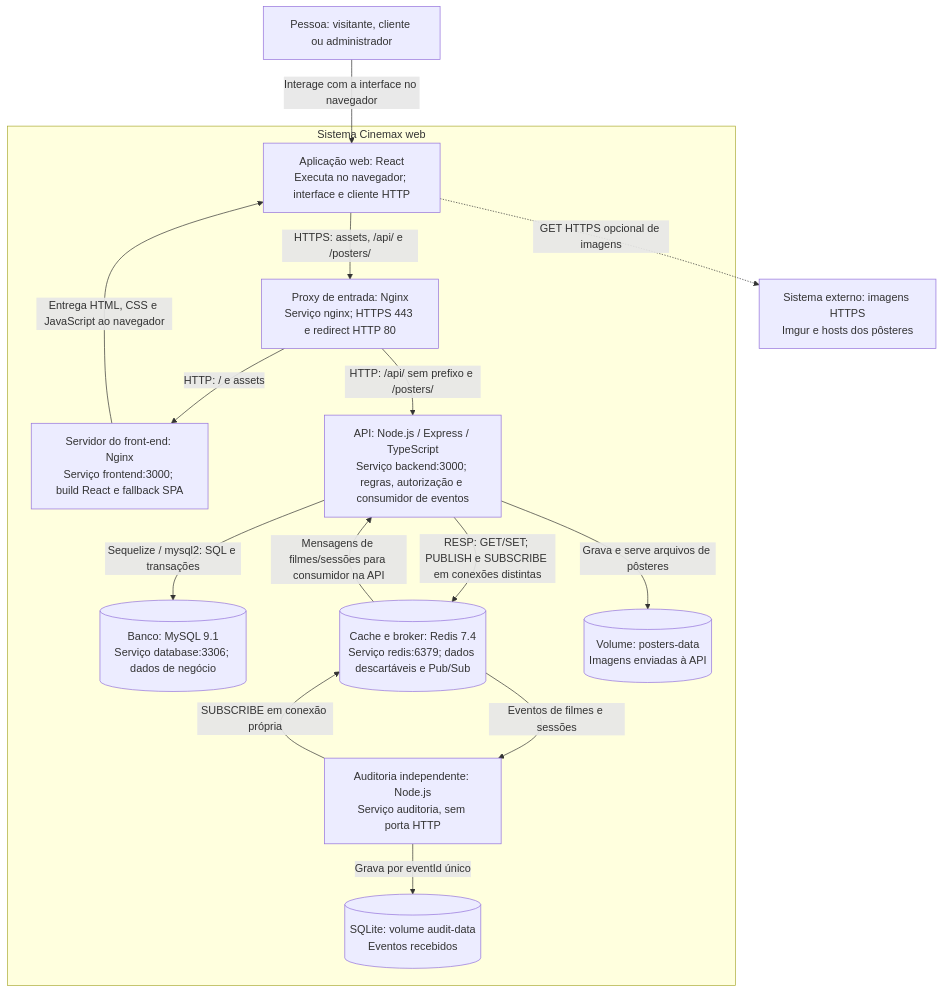
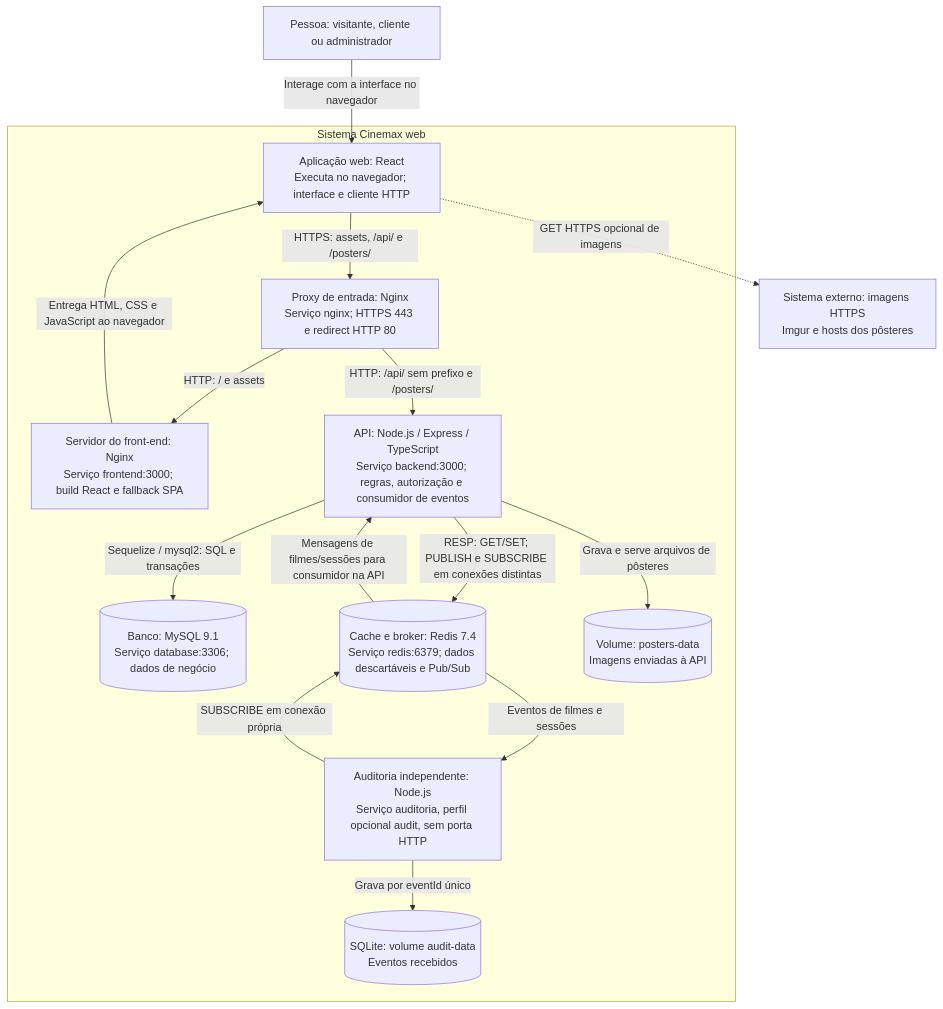
Before and after one commit to flavio-a-galvao/cinema-mobile: the diagram in docs/arquitetura/C4_CONTAINERS.md, drawn with Mermaid. The commit also changed 3 other files, not shown here.

````diff
--- a/docs/arquitetura/C4_CONTAINERS.md
+++ b/docs/arquitetura/C4_CONTAINERS.md
@@ -10,29 +10,29 @@
 ```mermaid
 flowchart TB
     pessoa["Pessoa: visitante, cliente ou administrador"]
     imagens["Sistema externo: imagens HTTPS<br/>Imgur e hosts dos pôsteres"]
     subgraph cinemax ["Sistema Cinemax web"]
         spa["Aplicação web: React<br/>Executa no navegador; interface e cliente HTTP"]
         proxy["Proxy de entrada: Nginx<br/>Serviço nginx; HTTPS 443 e redirect HTTP 80"]
         estatico["Servidor do front-end: Nginx<br/>Serviço frontend:3000; build React e fallback SPA"]
         api["API: Node.js / Express / TypeScript<br/>Serviço backend:3000; regras, autorização e consumidor de eventos"]
         mysql[("Banco: MySQL 9.1<br/>Serviço database:3306; dados de negócio")]
         redis[("Cache e broker: Redis 7.4<br/>Serviço redis:6379; dados descartáveis e Pub/Sub")]
-        auditoria["Auditoria independente: Node.js<br/>Serviço auditoria, sem porta HTTP"]
+        auditoria["Auditoria independente: Node.js<br/>Serviço auditoria, perfil opcional audit, sem porta HTTP"]
         auditdb[("SQLite: volume audit-data<br/>Eventos recebidos")]
         posters[("Volume: posters-data<br/>Imagens enviadas à API")]
     end
     pessoa -->|"Interage com a interface no navegador"| spa
     spa -->|"HTTPS: assets, /api/ e /posters/"| proxy
     proxy -->|"HTTP: / e assets"| estatico
     estatico -->|"Entrega HTML, CSS e JavaScript ao navegador"| spa
     proxy -->|"HTTP: /api/ sem prefixo e /posters/"| api
     api -->|"Sequelize / mysql2: SQL e transações"| mysql
     api -->|"RESP: GET/SET; PUBLISH e SUBSCRIBE em conexões distintas"| redis
     redis -->|"Mensagens de filmes/sessões para consumidor na API"| api
     auditoria -->|"SUBSCRIBE em conexão própria"| redis
     redis -->|"Eventos de filmes e sessões"| auditoria
     auditoria -->|"Grava por eventId único"| auditdb
     api -->|"Grava e serve arquivos de pôsteres"| posters
     spa -.->|"GET HTTPS opcional de imagens"| imagens
 ```
````
